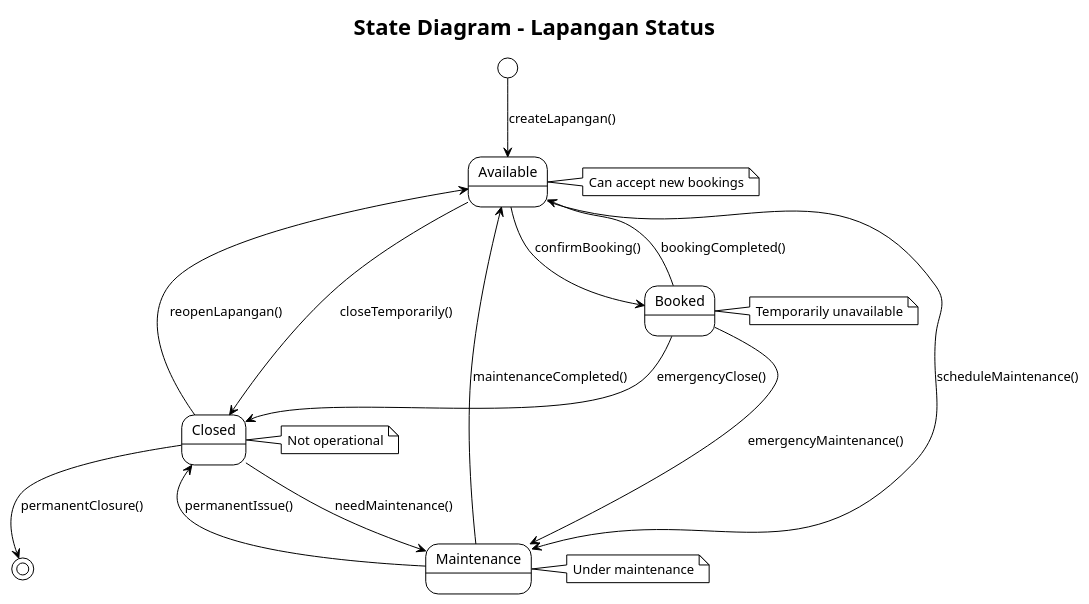
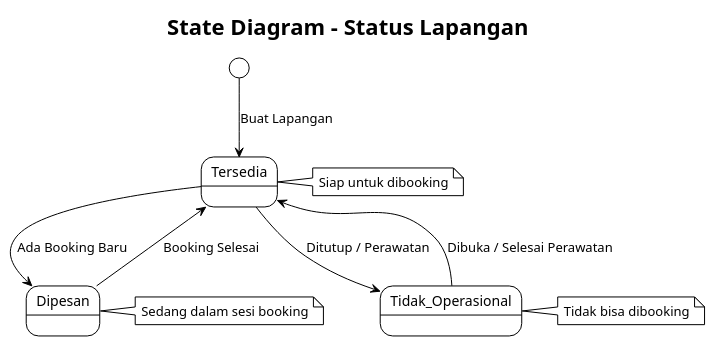
Before and after one commit to myasirnovals/Appl: the diagram in JurnalAPPL/StateDiagram/lapanganStatus.puml, drawn with PlantUML. The commit also changed 92 other files, not shown here.

Commit message:
memperbaiki seluruh diagram

```diff
--- a/JurnalAPPL/StateDiagram/lapanganStatus.puml
+++ b/JurnalAPPL/StateDiagram/lapanganStatus.puml
@@ -1,27 +1,18 @@
 @startuml
 !theme plain
-title State Diagram - Lapangan Status
+title State Diagram - Status Lapangan
 
-[*] --> Available : createLapangan()
+[*] --> Tersedia : Buat Lapangan
 
-Available --> Booked : confirmBooking()
-Available --> Maintenance : scheduleMaintenance()
-Available --> Closed : closeTemporarily()
+Tersedia --> Dipesan : Ada Booking Baru
+Tersedia --> Tidak_Operasional : Ditutup / Perawatan
 
-Booked --> Available : bookingCompleted()
-Booked --> Maintenance : emergencyMaintenance()
-Booked --> Closed : emergencyClose()
+Dipesan --> Tersedia : Booking Selesai
 
-Maintenance --> Available : maintenanceCompleted()
-Maintenance --> Closed : permanentIssue()
+Tidak_Operasional --> Tersedia : Dibuka / Selesai Perawatan
 
-Closed --> Available : reopenLapangan()
-Closed --> Maintenance : needMaintenance()
-Closed --> [*] : permanentClosure()
-
-note right of Available : Can accept new bookings
-note right of Booked : Temporarily unavailable
-note right of Maintenance : Under maintenance
-note right of Closed : Not operational
+note right of Tersedia : Siap untuk dibooking
+note right of Dipesan : Sedang dalam sesi booking
+note right of Tidak_Operasional : Tidak bisa dibooking
 
 @enduml
```
